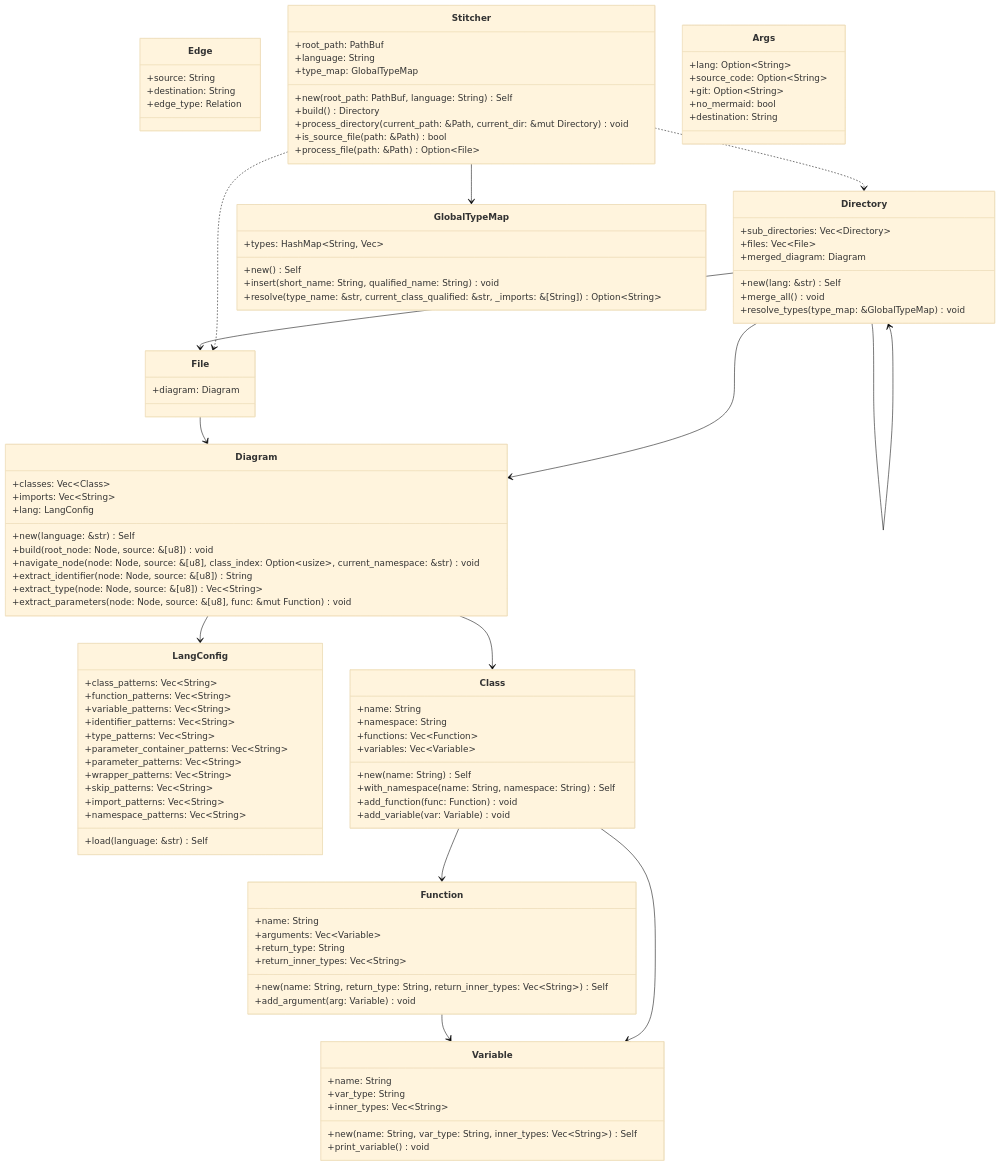
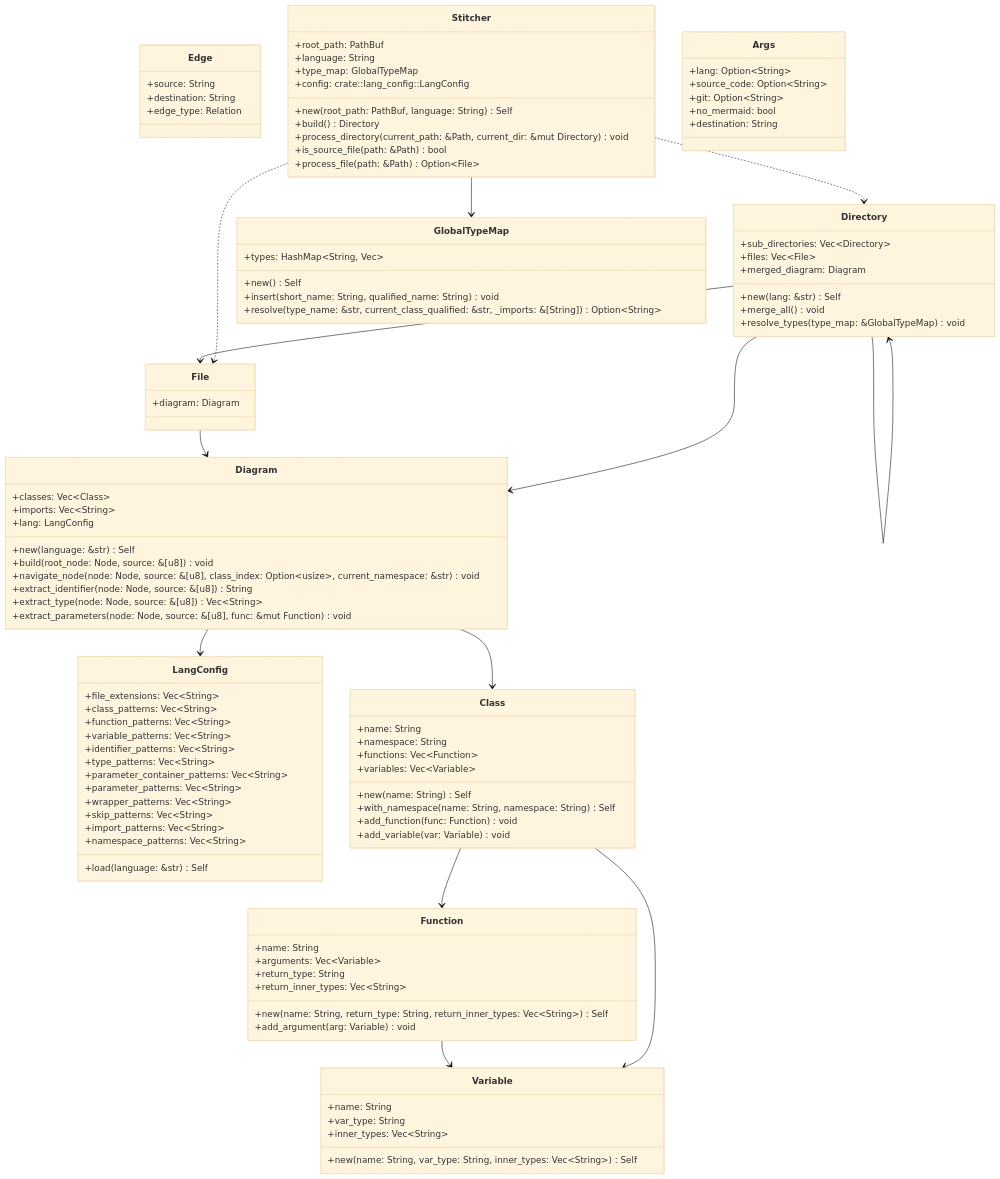
One commit to EthanDGee/Auto-UML changed the diagram in UML.md. Above: the diagram before and after it, drawn with Mermaid (base theme).

Commit message:
docs: update UML diagram [skip ci]

````diff
--- a/UML.md
+++ b/UML.md
@@ -1,6 +1,7 @@
 ```mermaid
 classDiagram
     class LangConfig {
+        +file_extensions: Vec~String~
         +class_patterns: Vec~String~
         +function_patterns: Vec~String~
         +variable_patterns: Vec~String~
@@ -24,7 +25,6 @@
         +var_type: String
         +inner_types: Vec~String~
         +new(name: String, var_type: String, inner_types: Vec~String~) Self
-        +print_variable() void
     }
     class Function {
         +name: String
@@ -76,6 +76,7 @@
         +root_path: PathBuf
         +language: String
         +type_map: GlobalTypeMap
+        +config: crate::lang_config::LangConfig
         +new(root_path: PathBuf, language: String) Self
         +build() Directory
         +process_directory(current_path: &Path, current_dir: &mut Directory) void
````
